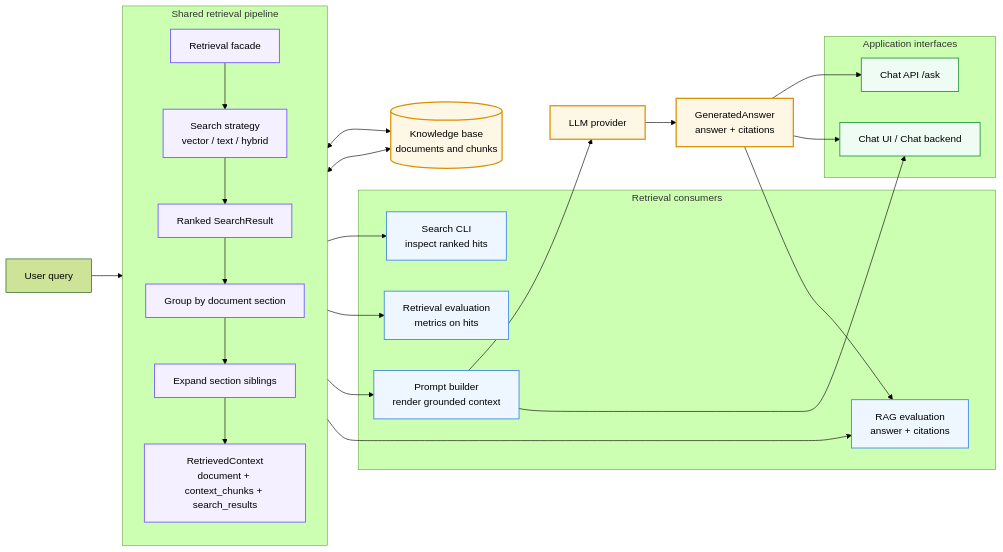
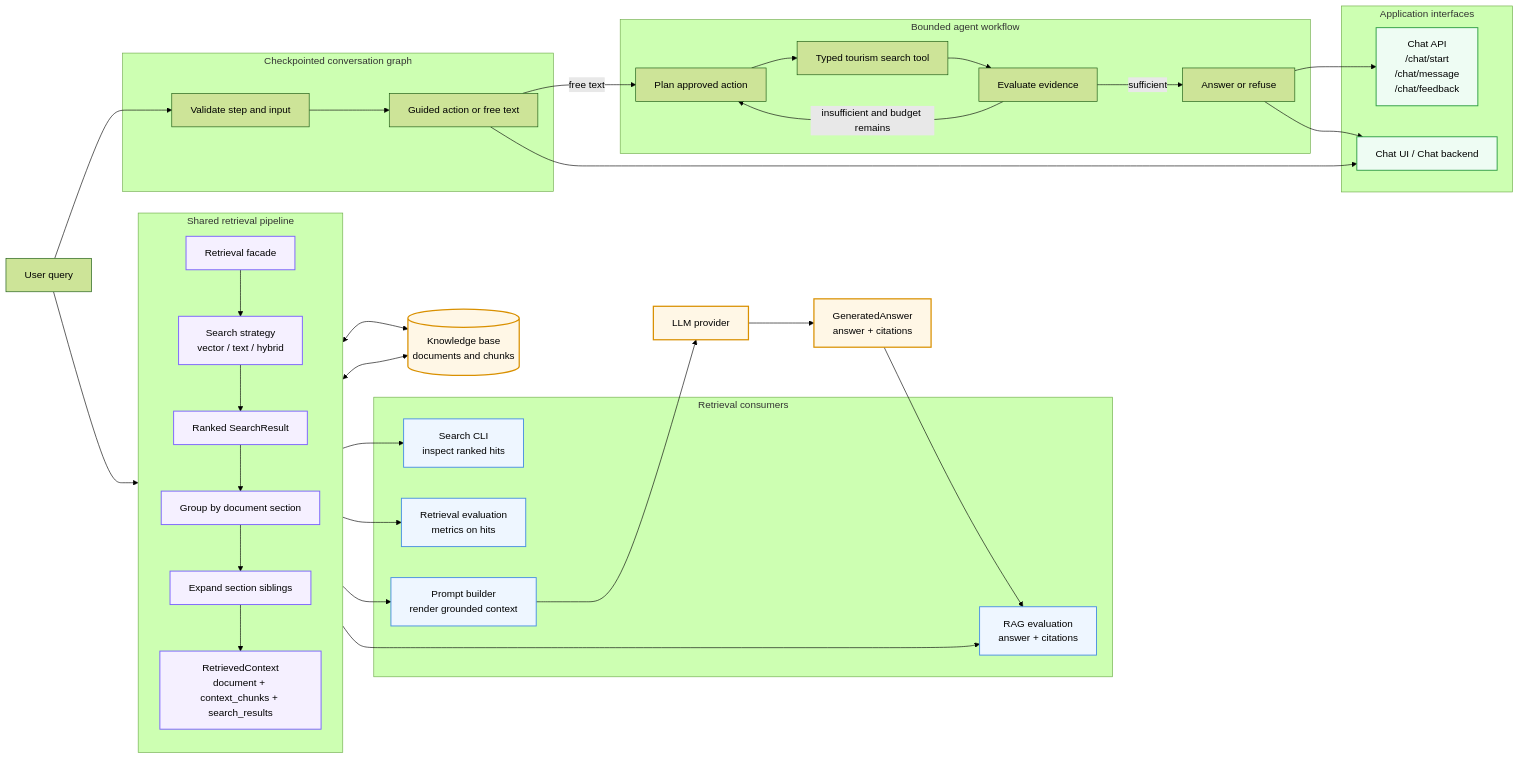
Before and after one commit to QuentinElGuay/portfolio-ai-tour-guide: the diagram in docs/diagrams/retrieval-consumers.mmd, drawn with Mermaid (forest theme). The commit also changed 141 other files, not shown here.

```diff
--- a/docs/diagrams/retrieval-consumers.mmd
+++ b/docs/diagrams/retrieval-consumers.mmd
@@ -1,55 +1,73 @@
 flowchart LR
     Q[User query]
 
     subgraph RET[Shared retrieval pipeline]
         direction TB
         F[Retrieval facade]
         S[Search strategy<br/>vector / text / hybrid]
         H[Ranked SearchResult]
         G[Group by document section]
         X[Expand section siblings]
         C[RetrievedContext<br/>document + context_chunks + search_results]
 
         F --> S --> H --> G --> X --> C
     end
 
     DB[(Knowledge base<br/>documents and chunks)]
     Q --> F
     S <--> DB
     X <--> DB
 
     subgraph CONSUMERS[Retrieval consumers]
         CLI[Search CLI<br/>inspect ranked hits]
         PROMPT[Prompt builder<br/>render grounded context]
         EVAL_RETRIEVAL[Retrieval evaluation<br/>metrics on hits]
         EVAL_RAG[RAG evaluation<br/>answer + citations]
     end
 
     H --> CLI
     H --> EVAL_RETRIEVAL
     C --> PROMPT
     C --> EVAL_RAG
 
     LLM[LLM provider]
     PROMPT --> LLM
     LLM --> A[GeneratedAnswer<br/>answer + citations]
     A --> EVAL_RAG
 
+    subgraph AGENT[Bounded agent workflow]
+        PLAN[Plan approved action]
+        TOOL[Typed tourism search tool]
+        EVAL[Evaluate evidence]
+        ANSWER[Answer or refuse]
+        PLAN --> TOOL --> EVAL
+        EVAL -->|sufficient| ANSWER
+        EVAL -->|insufficient and budget remains| PLAN
+    end
+
+    subgraph CONVERSATION[Checkpointed conversation graph]
+        FLOW[Validate step and input]
+        ROUTE[Guided action or free text]
+        FLOW --> ROUTE
+        ROUTE -->|free text| PLAN
+    end
+
     subgraph APPS[Application interfaces]
         CHAT[Chat UI / Chat backend]
-        API[Chat API /ask]
+        API[Chat API<br/>/chat/start<br/>/chat/message<br/>/chat/feedback]
     end
 
-    PROMPT --> CHAT
-    A --> API
-    A --> CHAT
+    Q --> FLOW
+    ANSWER --> API
+    ANSWER --> CHAT
+    ROUTE --> CHAT
 
     classDef retrieval fill:#f5f0ff,stroke:#7b61ff,stroke-width:1.5px;
     classDef consumer fill:#eef6ff,stroke:#4a90e2,stroke-width:1.5px;
     classDef interface fill:#eefcf3,stroke:#2f9e44,stroke-width:1.5px;
     classDef shared fill:#fff7e6,stroke:#d99000,stroke-width:2px;
 
     class F,S,H,G,X,C retrieval;
     class CLI,PROMPT,EVAL_RETRIEVAL,EVAL_RAG consumer;
     class CHAT,API interface;
     class DB,LLM,A shared;
```
